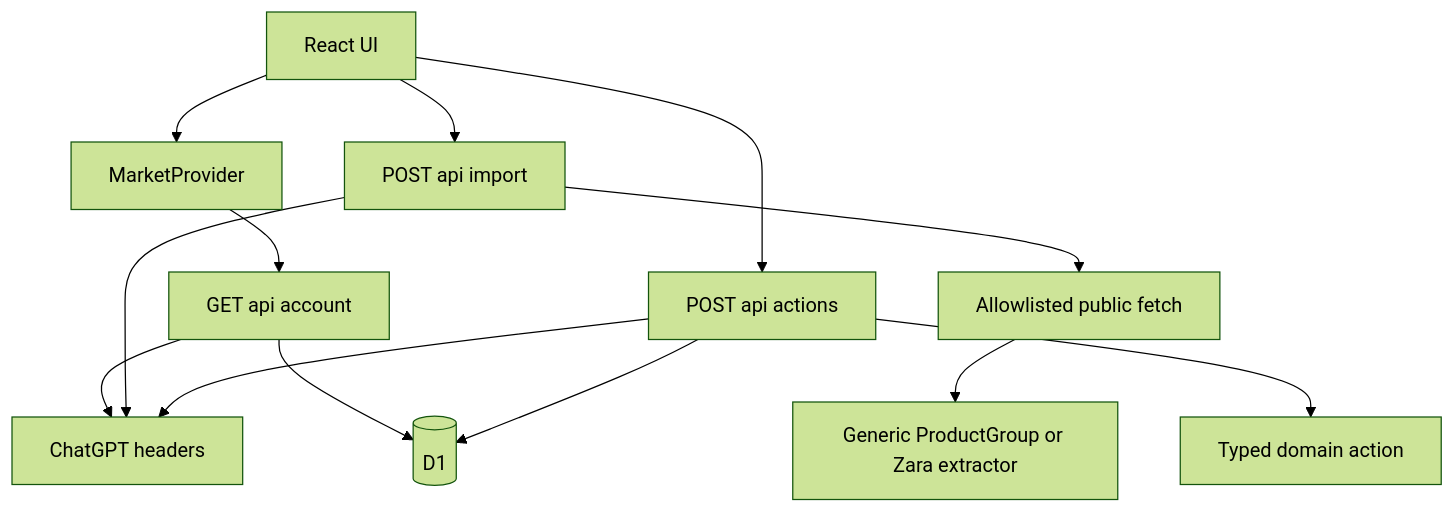
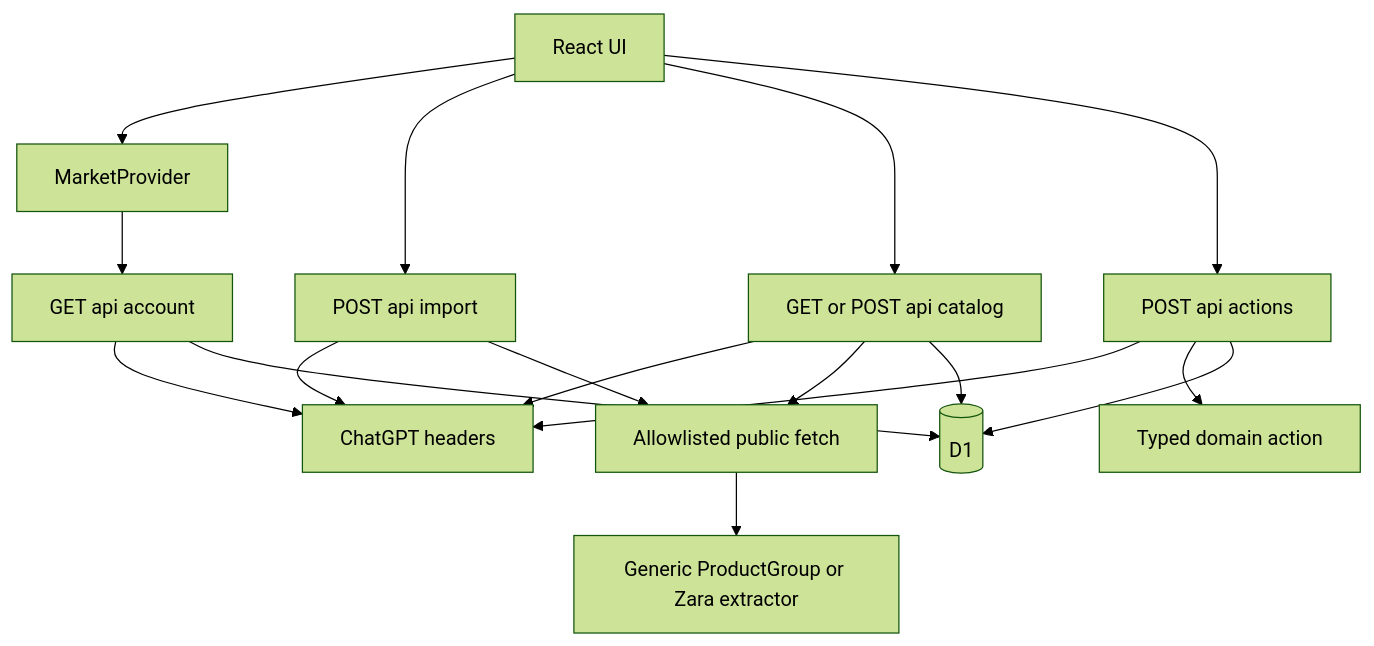
The diagram in ARCHITECTURE.md (iskhakovzak/atlas), drawn with Mermaid (forest theme) before and after one commit. The commit also changed other lines of this file and 18 other files, not shown here.

```diff
--- a/ARCHITECTURE.md
+++ b/ARCHITECTURE.md
@@ -36,15 +36,19 @@
 ~~~mermaid
 flowchart TD
   UI[React UI] --> Provider[MarketProvider]
   Provider --> Account[GET api account]
   UI --> Import[POST api import]
+  UI --> Catalog[GET or POST api catalog]
   UI --> Actions[POST api actions]
   Account --> Auth[ChatGPT headers]
   Import --> Auth
+  Catalog --> Auth
   Actions --> Auth
   Import --> Fetch[Allowlisted public fetch]
+  Catalog --> Fetch
   Fetch --> Parse[Generic ProductGroup or Zara extractor]
   Actions --> Domain[Typed domain action]
   Account --> D1[(D1)]
   Actions --> D1
+  Catalog --> D1
 ~~~
```
